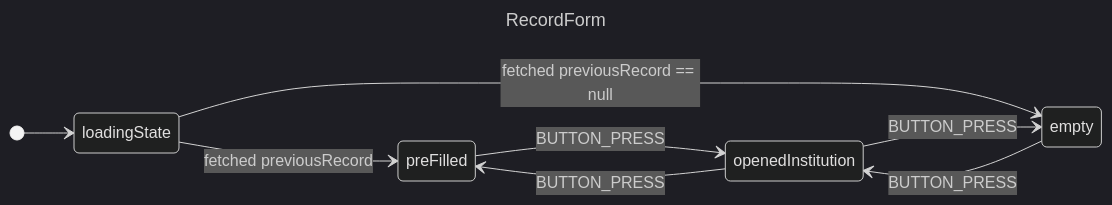
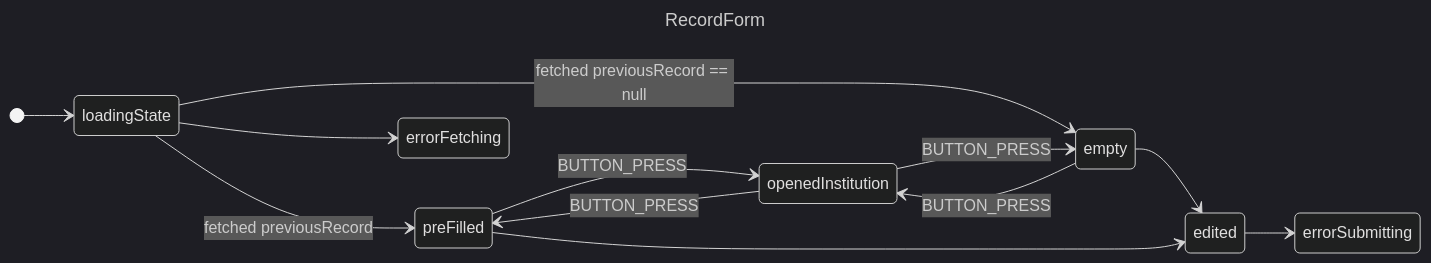
One commit to skorphil/nextjs-form changed the diagram in components/RecordForm/docs.md. Above: the diagram before and after it, drawn with Mermaid (dark theme). The commit also changed 5 other files, not shown here.

First line of the commit message:
Implemented fetching error state in RecordForm

````diff
--- a/components/RecordForm/docs.md
+++ b/components/RecordForm/docs.md
@@ -16,15 +16,19 @@
 ```mermaid
 ---
 title: RecordForm
 ---
 stateDiagram-v2
     direction LR
 
 [*] --> loadingState
 loadingState --> preFilled : fetched previousRecord
 loadingState --> empty : fetched previousRecord == null
+loadingState --> errorFetching
 preFilled --> openedInstitution : BUTTON_PRESS
 empty --> openedInstitution : BUTTON_PRESS
 openedInstitution --> empty : BUTTON_PRESS
 openedInstitution --> preFilled : BUTTON_PRESS
+empty --> edited
+preFilled --> edited
+edited --> errorSubmitting
 ```
````
